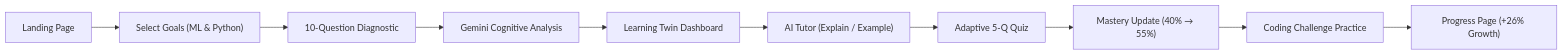
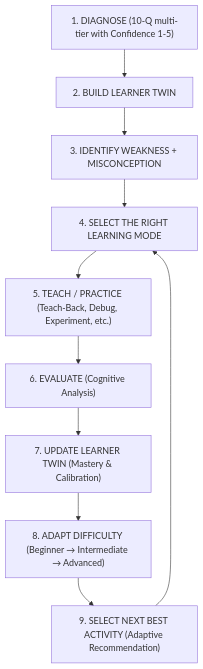
Before and after one commit to subhash352006/ai-learning-twin: the diagram in README.md, drawn with Mermaid. The commit also changed other lines of this file, not shown here.

Commit message:
docs: update README with revised learner twin architecture

````diff
--- a/README.md
+++ b/README.md
@@ -31,12 +33,12 @@
 ```mermaid
-flowchart LR
-    A["Landing Page"] --> B["Select Goals (ML & Python)"]
-    B --> C["10-Question Diagnostic"]
-    C --> D["Gemini Cognitive Analysis"]
-    D --> E["Learning Twin Dashboard"]
-    E --> F["AI Tutor (Explain / Example)"]
-    F --> G["Adaptive 5-Q Quiz"]
-    G --> H["Mastery Update (40% → 55%)"]
-    H --> I["Coding Challenge Practice"]
-    I --> J["Progress Page (+26% Growth)"]
+flowchart TD
+    A["1. DIAGNOSE (10-Q multi-tier with Confidence 1-5)"] --> B["2. BUILD LEARNER TWIN"]
+    B --> C["3. IDENTIFY WEAKNESS + MISCONCEPTION"]
+    C --> D["4. SELECT THE RIGHT LEARNING MODE"]
+    D --> E["5. TEACH / PRACTICE (Teach-Back, Debug, Experiment, etc.)"]
+    E --> F["6. EVALUATE (Cognitive Analysis)"]
+    F --> G["7. UPDATE LEARNER TWIN (Mastery & Calibration)"]
+    G --> H["8. ADAPT DIFFICULTY (Beginner → Intermediate → Advanced)"]
+    H --> I["9. SELECT NEXT BEST ACTIVITY (Adaptive Recommendation)"]
+    I --> D
 ```
````
